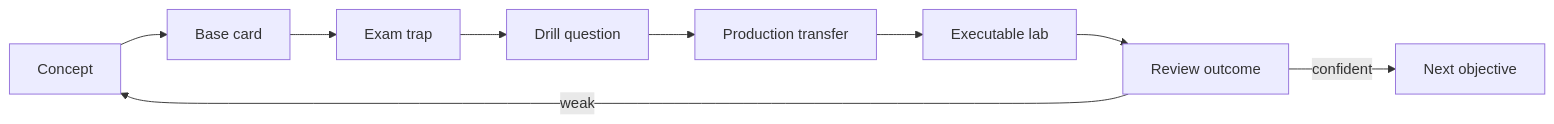
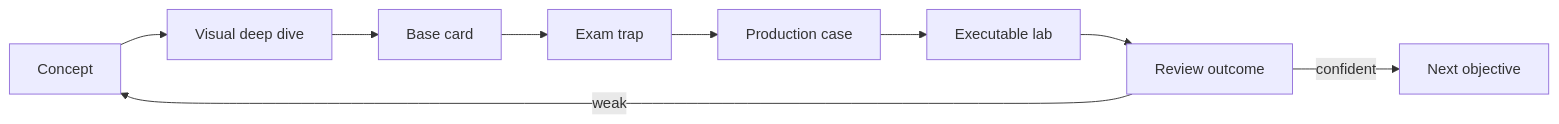
One commit to alimbetov/obsidian changed the diagram in 30_CERTIFICATIONS/Certification MOC.md. Above: the diagram before and after it, drawn with Mermaid. The commit also changed other lines of this file, not shown here.

Commit message:
docs: add DB-B01 and visual routes to certification MOC

````diff
--- a/30_CERTIFICATIONS/Certification MOC.md
+++ b/30_CERTIFICATIONS/Certification MOC.md
@@ -15,11 +15,11 @@
 ```mermaid
 flowchart LR
-    C[Concept] --> Q[Base card]
-    Q --> T[Exam trap]
-    T --> D[Drill question]
-    D --> P[Production transfer]
-    P --> L[Executable lab]
-    L --> R[Review outcome]
-    R -->|weak| C
-    R -->|confident| N[Next objective]
+    C["Concept"] --> V["Visual deep dive"]
+    V --> Q["Base card"]
+    Q --> T["Exam trap"]
+    T --> P["Production case"]
+    P --> L["Executable lab"]
+    L --> R["Review outcome"]
+    R -->|"weak"| C
+    R -->|"confident"| N["Next objective"]
 ```
````
